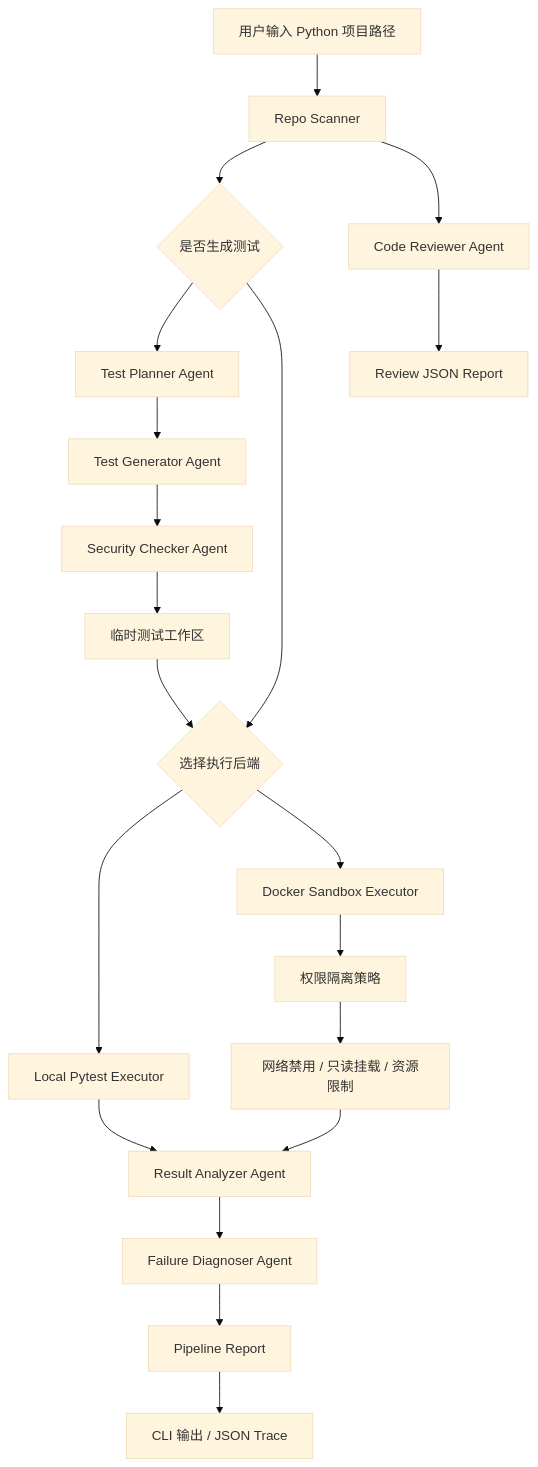
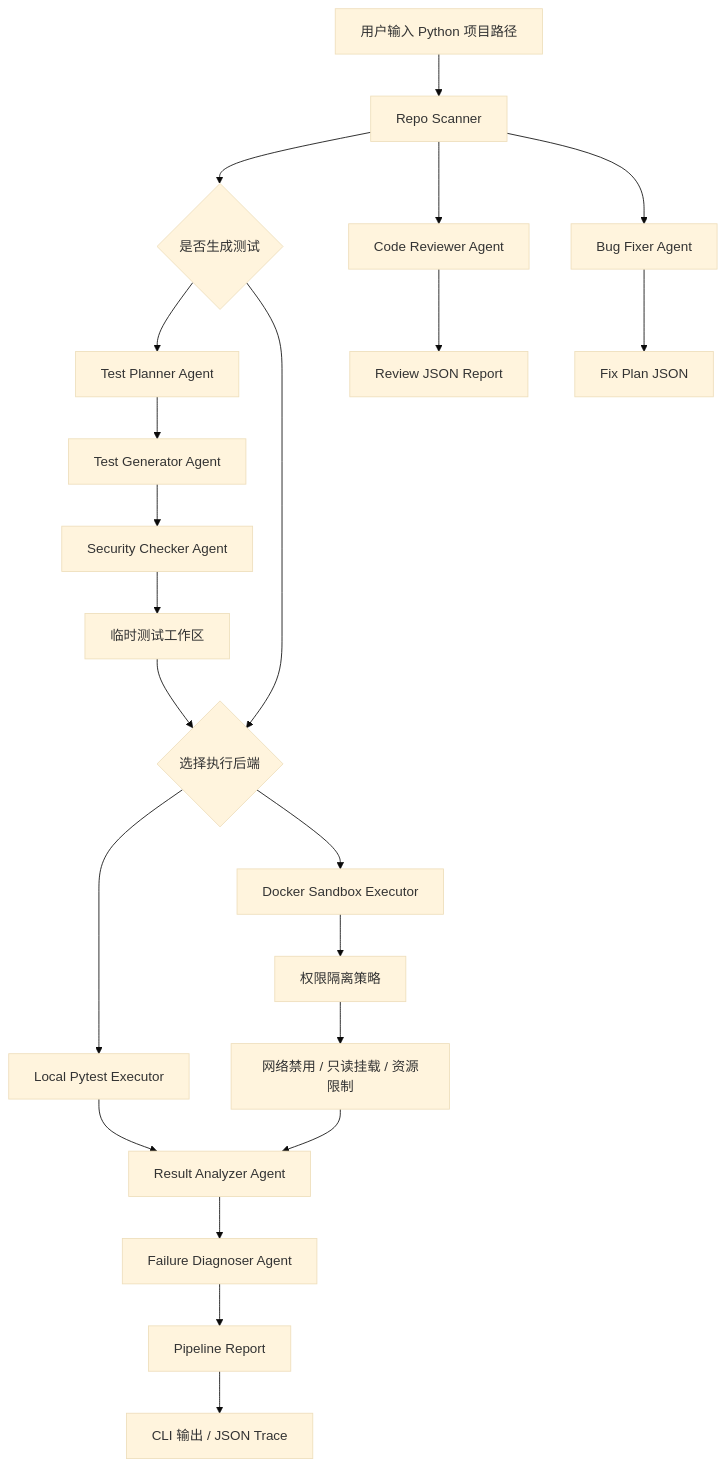
One commit to Isaacsen/cs599-project changed the diagram in docs/CS599_大作业报告.md. Above: the diagram before and after it, drawn with Mermaid (base theme). The commit also changed other lines of this file and 13 other files, not shown here.

Commit message:
Add bug fixer agent

````diff
--- a/docs/CS599_大作业报告.md
+++ b/docs/CS599_大作业报告.md
@@ -103,22 +109,24 @@
 ```mermaid
 flowchart TD
     A["用户输入 Python 项目路径"] --> B["Repo Scanner"]
     B --> C{"是否生成测试"}
     C --> D["Test Planner Agent"]
     D --> E["Test Generator Agent"]
     E --> P["Security Checker Agent"]
     P --> N["临时测试工作区"]
     C --> F{"选择执行后端"}
     N --> F
     F --> G["Local Pytest Executor"]
     F --> H["Docker Sandbox Executor"]
     H --> I["权限隔离策略"]
     I --> J["网络禁用 / 只读挂载 / 资源限制"]
     G --> K["Result Analyzer Agent"]
     J --> K
     K --> O["Failure Diagnoser Agent"]
     O --> L["Pipeline Report"]
     L --> M["CLI 输出 / JSON Trace"]
     B --> Q["Code Reviewer Agent"]
     Q --> R["Review JSON Report"]
+    B --> S["Bug Fixer Agent"]
+    S --> T["Fix Plan JSON"]
 ```
````
